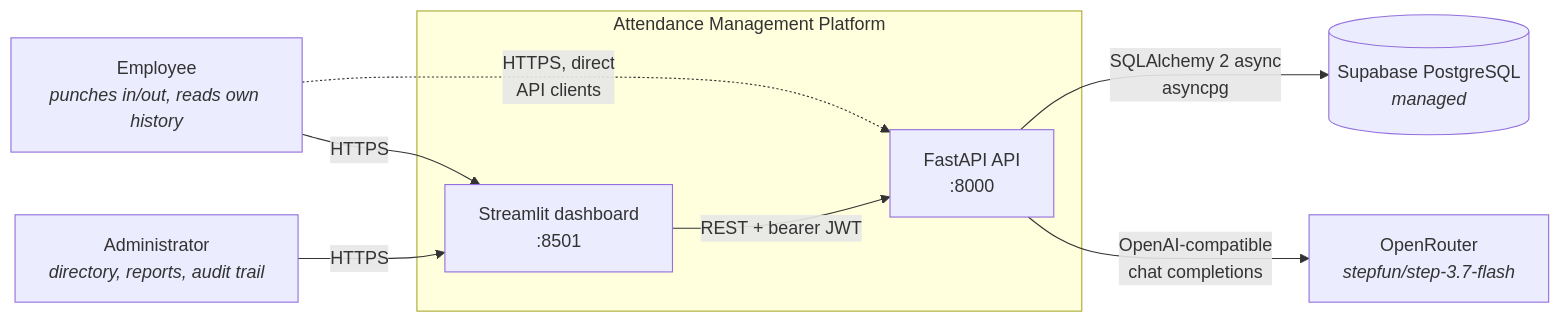
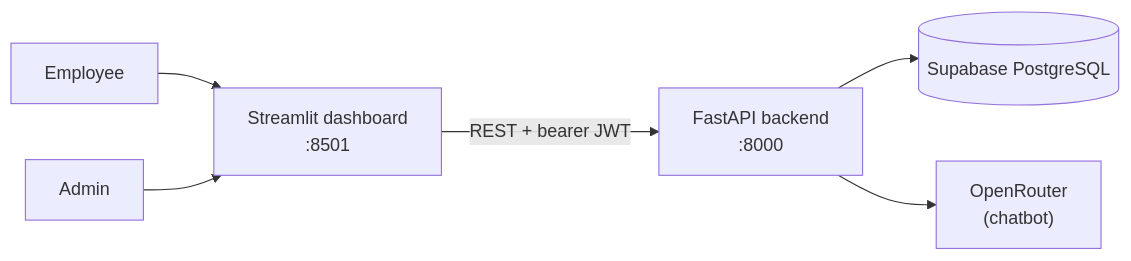
One commit to Tanuj26Rajput/attendance-management-platform changed the diagram in docs/diagrams/architecture.md. Above: the diagram before and after it, drawn with Mermaid. The commit also changed other lines of this file and 7 other files, not shown here.

Commit message:
updated diagrams

````diff
--- a/docs/diagrams/architecture.md
+++ b/docs/diagrams/architecture.md
@@ -7,20 +3,8 @@
 ```mermaid
 flowchart LR
-    employee["Employee<br/><i>punches in/out, reads own history</i>"]
-    admin["Administrator<br/><i>directory, reports, audit trail</i>"]
-
-    subgraph platform["Attendance Management Platform"]
-        dashboard["Streamlit dashboard<br/>:8501"]
-        api["FastAPI API<br/>:8000"]
-    end
-
-    db[("Supabase PostgreSQL<br/><i>managed</i>")]
-    llm["OpenRouter<br/><i>stepfun/step-3.7-flash</i>"]
-
-    employee -->|HTTPS| dashboard
-    admin -->|HTTPS| dashboard
-    employee -.->|"HTTPS, direct<br/>API clients"| api
-    dashboard -->|"REST + bearer JWT"| api
-    api -->|"SQLAlchemy 2 async<br/>asyncpg"| db
-    api -->|"OpenAI-compatible<br/>chat completions"| llm
+    employee["Employee"] --> ui["Streamlit dashboard<br/>:8501"]
+    admin["Admin"] --> ui
+    ui -->|"REST + bearer JWT"| api["FastAPI backend<br/>:8000"]
+    api --> db[("Supabase PostgreSQL")]
+    api --> llm["OpenRouter<br/>(chatbot)"]
 ```
````
